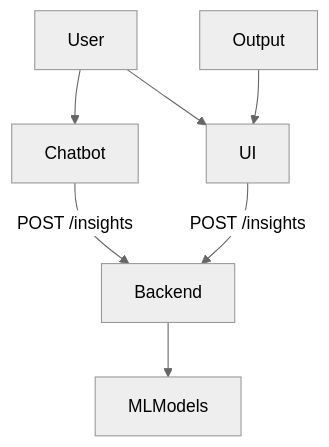
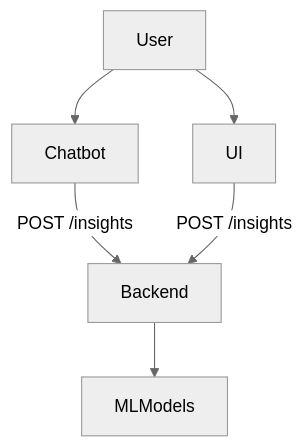
One commit to kaedeaki/BankEase changed the diagram in README.md. Above: the diagram before and after it, drawn with Mermaid (neutral theme).

````diff
--- a/README.md
+++ b/README.md
@@ -10,9 +10,9 @@
 ```mermaid
 graph TD
   User --> Chatbot
   User --> UI
   Chatbot -->|POST /insights| Backend
   UI -->|POST /insights| Backend
   Backend --> MLModels
-　Output --> UI
+　
 ```
````
